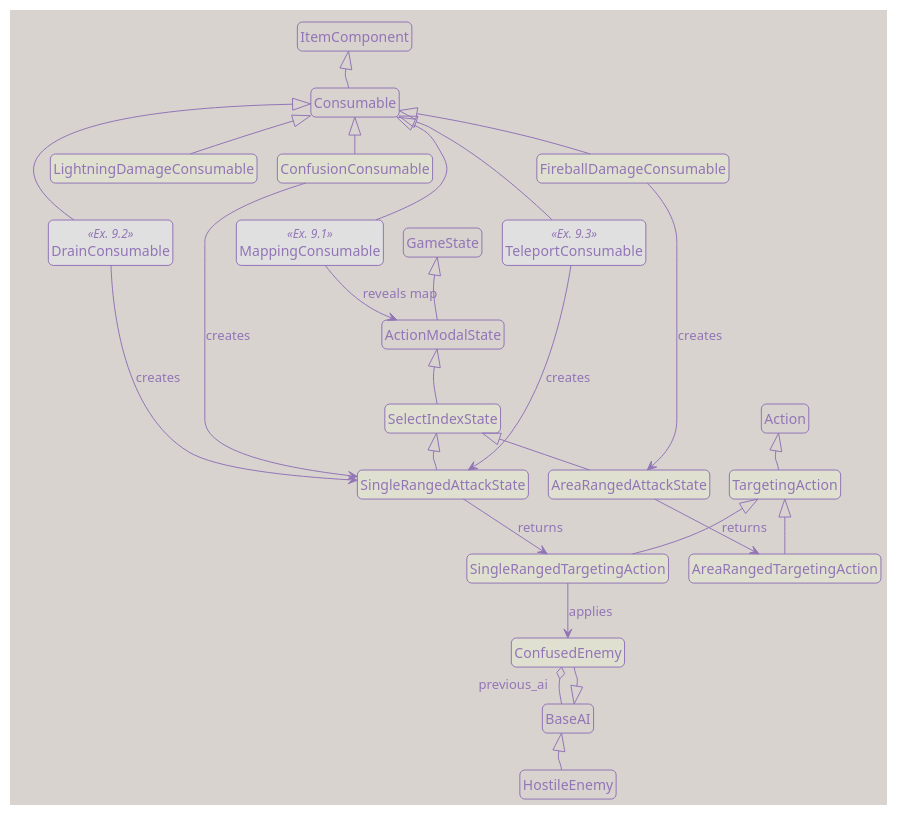
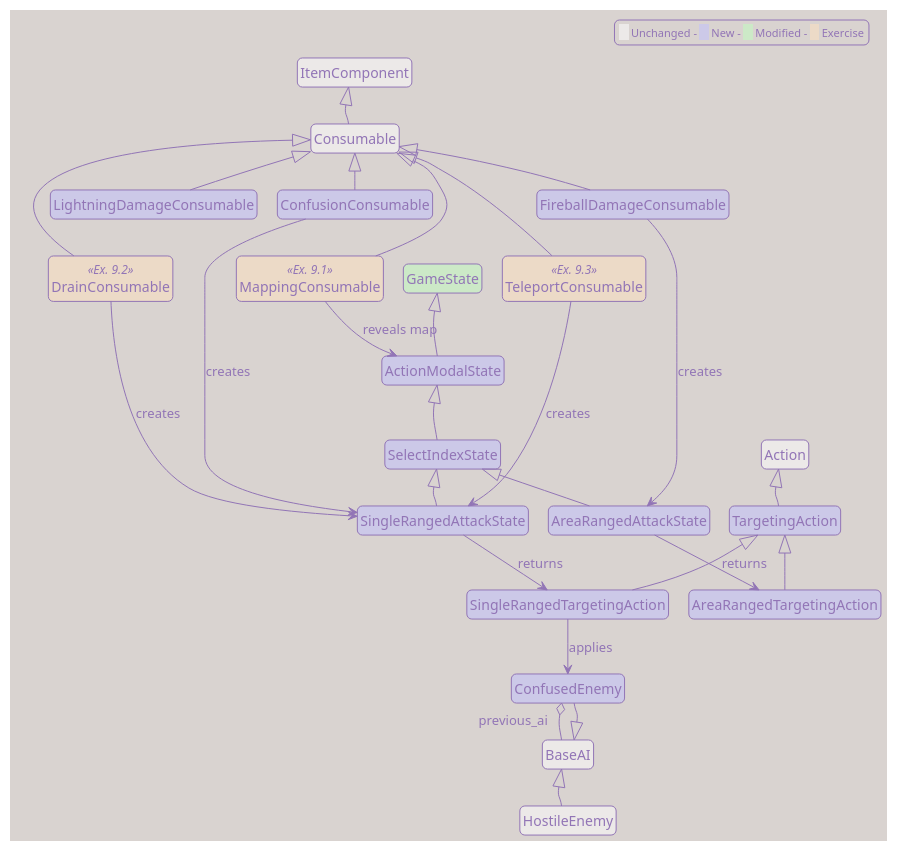
The diagram in uml/part9_local_classes.puml (Darky-Lucera/roguelike-tutorial-python-tcod), drawn with PlantUML before and after one commit. The commit also changed 64 other files, not shown here.

Commit message:
Improve class diagrams. Minor changes

```diff
--- a/uml/part9_local_classes.puml
+++ b/uml/part9_local_classes.puml
@@ -1,146 +1,151 @@
 @startuml part9_local_classes
 
 !theme mimeograph
 
 top to bottom direction
 
 hide members
 hide circle
 
 skinparam roundcorner 10
+skinparam classBackgroundColor #ece9e8
 skinparam noteFontSize 10
 skinparam noteBorderThickness 1
 skinparam noteMargin 2
 skinparam notePadding 2
 skinparam nodesep 20
 skinparam ranksep 35
 
 set namespaceSeparator none
 
 '--------------------------------------
 ' Classes
 '--------------------------------------
 
 class "Action" as game.actions.Action {
 }
 
-class "TargetingAction" as game.actions.TargetingAction #e0e0d0 {
+class "TargetingAction" as game.actions.TargetingAction #ccc9e8 {
 }
 
-class "SingleRangedTargetingAction" as game.actions.SingleRangedTargetingAction #e0e0d0 {
+class "SingleRangedTargetingAction" as game.actions.SingleRangedTargetingAction #ccc9e8 {
 }
 
-class "AreaRangedTargetingAction" as game.actions.AreaRangedTargetingAction #e0e0d0 {
+class "AreaRangedTargetingAction" as game.actions.AreaRangedTargetingAction #ccc9e8 {
 }
 
-class "GameState" as game.game_states.GameState {
+class "GameState" as game.game_states.GameState #cce9c7 {
 }
 
-class "ActionModalState" as game.game_states.ActionModalState {
+class "ActionModalState" as game.game_states.ActionModalState #ccc9e8 {
 }
 
-class "SelectIndexState" as game.game_states.SelectIndexState #e0e0d0 {
+class "SelectIndexState" as game.game_states.SelectIndexState #ccc9e8 {
 }
 
-class "SingleRangedAttackState" as game.game_states.SingleRangedAttackState #e0e0d0 {
+class "SingleRangedAttackState" as game.game_states.SingleRangedAttackState #ccc9e8 {
 }
 
-class "AreaRangedAttackState" as game.game_states.AreaRangedAttackState #e0e0d0 {
+class "AreaRangedAttackState" as game.game_states.AreaRangedAttackState #ccc9e8 {
 }
 
 class "BaseAI" as game.entities.components.ai.BaseAI {
 }
 
 class "HostileEnemy" as game.entities.components.ai.HostileEnemy {
 }
 
-class "ConfusedEnemy" as game.entities.components.ai.ConfusedEnemy #e0e0d0 {
+class "ConfusedEnemy" as game.entities.components.ai.ConfusedEnemy #ccc9e8 {
 }
 
 class "ItemComponent" as game.entities.components.base_component.ItemComponent {
 }
 
 class "Consumable" as game.entities.components.consumable.Consumable {
 }
 
-class "LightningDamageConsumable" as game.entities.components.consumable.LightningDamageConsumable #e0e0d0 {
+class "LightningDamageConsumable" as game.entities.components.consumable.LightningDamageConsumable #ccc9e8 {
 }
 
-class "ConfusionConsumable" as game.entities.components.consumable.ConfusionConsumable #e0e0d0 {
+class "ConfusionConsumable" as game.entities.components.consumable.ConfusionConsumable #ccc9e8 {
 }
 
-class "FireballDamageConsumable" as game.entities.components.consumable.FireballDamageConsumable #e0e0d0 {
+class "FireballDamageConsumable" as game.entities.components.consumable.FireballDamageConsumable #ccc9e8 {
 }
 
-class "MappingConsumable" as game.entities.components.consumable.MappingConsumable <<Ex. 9.1 >> #e0e0e0 {
+class "MappingConsumable" as game.entities.components.consumable.MappingConsumable <<Ex. 9.1>> #ecdac7 {
 }
 
-class "DrainConsumable" as game.entities.components.consumable.DrainConsumable <<Ex. 9.2 >> #e0e0e0 {
+class "DrainConsumable" as game.entities.components.consumable.DrainConsumable <<Ex. 9.2>> #ecdac7 {
 }
 
-class "TeleportConsumable" as game.entities.components.consumable.TeleportConsumable <<Ex. 9.3 >> #e0e0e0 {
+class "TeleportConsumable" as game.entities.components.consumable.TeleportConsumable <<Ex. 9.3>> #ecdac7 {
 }
 
 '--------------------------------------
 ' Relations
 '--------------------------------------
 
 ' Inheritance: base class first, derived class second.
 game.actions.Action <|-- game.actions.TargetingAction
 game.actions.TargetingAction <|-- game.actions.SingleRangedTargetingAction
 game.actions.TargetingAction <|-- game.actions.AreaRangedTargetingAction
 
 game.game_states.GameState <|-- game.game_states.ActionModalState
 game.game_states.ActionModalState <|-- game.game_states.SelectIndexState
 game.game_states.SelectIndexState <|-- game.game_states.SingleRangedAttackState
 game.game_states.SelectIndexState <|-- game.game_states.AreaRangedAttackState
 
 game.entities.components.ai.BaseAI <|-- game.entities.components.ai.HostileEnemy
 game.entities.components.ai.BaseAI <|-- game.entities.components.ai.ConfusedEnemy
 
 game.entities.components.base_component.ItemComponent <|-- game.entities.components.consumable.Consumable
 game.entities.components.consumable.Consumable <|-- game.entities.components.consumable.LightningDamageConsumable
 game.entities.components.consumable.Consumable <|-- game.entities.components.consumable.ConfusionConsumable
 game.entities.components.consumable.Consumable <|-- game.entities.components.consumable.FireballDamageConsumable
 game.entities.components.consumable.Consumable <|-- game.entities.components.consumable.MappingConsumable
 game.entities.components.consumable.Consumable <|-- game.entities.components.consumable.DrainConsumable
 game.entities.components.consumable.Consumable <|-- game.entities.components.consumable.TeleportConsumable
 
 ' New collaboration paths introduced by targeting and spells.
 game.entities.components.consumable.ConfusionConsumable --> game.game_states.SingleRangedAttackState : creates
 game.entities.components.consumable.FireballDamageConsumable --> game.game_states.AreaRangedAttackState : creates
 game.game_states.SingleRangedAttackState --> game.actions.SingleRangedTargetingAction : returns
 game.game_states.AreaRangedAttackState --> game.actions.AreaRangedTargetingAction : returns
 game.actions.SingleRangedTargetingAction --> game.entities.components.ai.ConfusedEnemy : applies
 game.entities.components.ai.ConfusedEnemy "previous_ai" o-- game.entities.components.ai.BaseAI
 
 ' Exercise consumables follow the same targeting-state pattern.
 game.entities.components.consumable.MappingConsumable --> game.game_states.ActionModalState : reveals map
 game.entities.components.consumable.DrainConsumable --> game.game_states.SingleRangedAttackState : creates
 game.entities.components.consumable.TeleportConsumable --> game.game_states.SingleRangedAttackState : creates
 
 '--------------------------------------
 ' Layout hints
 '--------------------------------------
 
 game.game_states.GameState -[hidden]down- game.game_states.ActionModalState
 game.game_states.ActionModalState -[hidden]down- game.game_states.SelectIndexState
 game.game_states.SelectIndexState -[hidden]down- game.game_states.SingleRangedAttackState
 game.game_states.SingleRangedAttackState -[hidden]right- game.game_states.AreaRangedAttackState
 
 game.actions.Action -[hidden]down- game.actions.TargetingAction
 game.actions.TargetingAction -[hidden]down- game.actions.SingleRangedTargetingAction
 game.actions.SingleRangedTargetingAction -[hidden]right- game.actions.AreaRangedTargetingAction
 
 game.entities.components.ai.BaseAI -[hidden]down- game.entities.components.ai.HostileEnemy
 game.entities.components.ai.HostileEnemy -[hidden]right- game.entities.components.ai.ConfusedEnemy
 
 game.entities.components.base_component.ItemComponent -[hidden]down- game.entities.components.consumable.Consumable
 game.entities.components.consumable.Consumable -[hidden]down- game.entities.components.consumable.LightningDamageConsumable
 game.entities.components.consumable.LightningDamageConsumable -[hidden]right- game.entities.components.consumable.ConfusionConsumable
 game.entities.components.consumable.ConfusionConsumable -[hidden]right- game.entities.components.consumable.FireballDamageConsumable
 game.entities.components.consumable.LightningDamageConsumable -[hidden]down- game.entities.components.consumable.MappingConsumable
 game.entities.components.consumable.ConfusionConsumable -[hidden]down- game.entities.components.consumable.DrainConsumable
 game.entities.components.consumable.FireballDamageConsumable -[hidden]down- game.entities.components.consumable.TeleportConsumable
 
+legend top right
+<size:11><back:#ece9e8>   </back> Unchanged - <back:#ccc9e8>   </back> New - <back:#cce9c7>   </back> Modified - <back:#ecdac7>   </back> Exercise</size>
+endlegend
+
 @enduml
```
